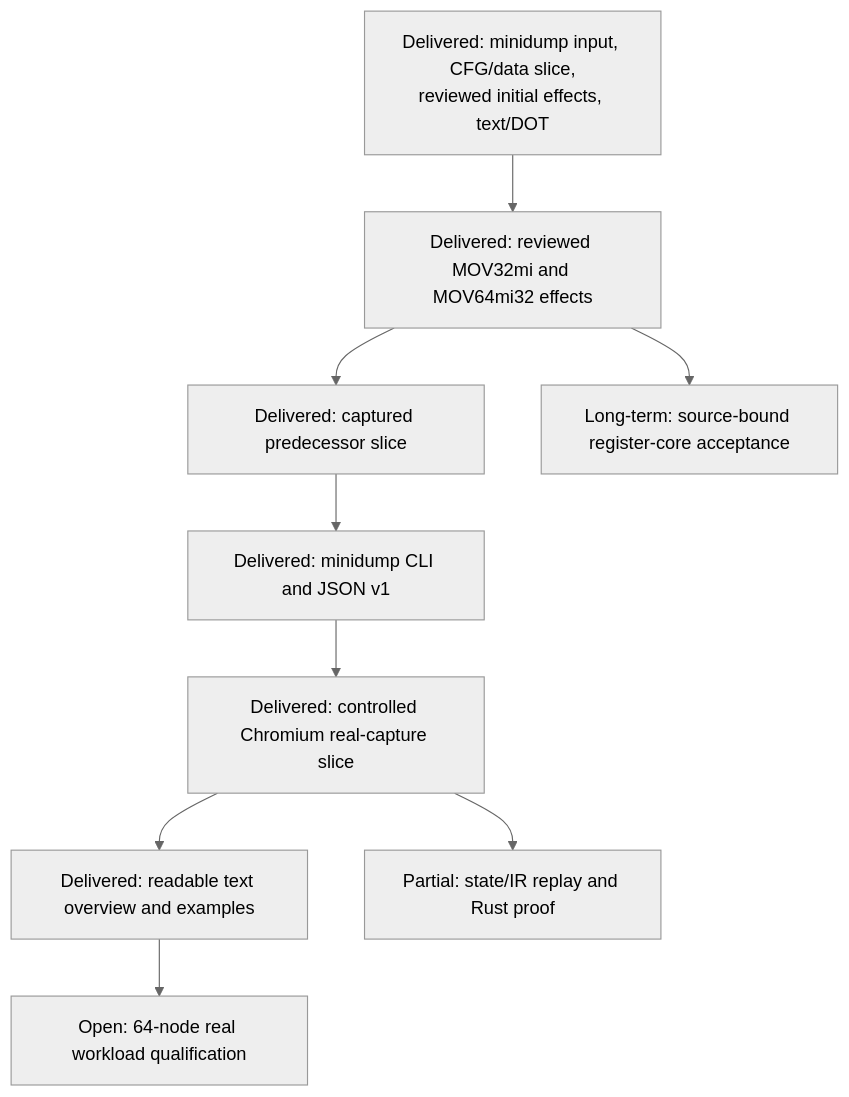
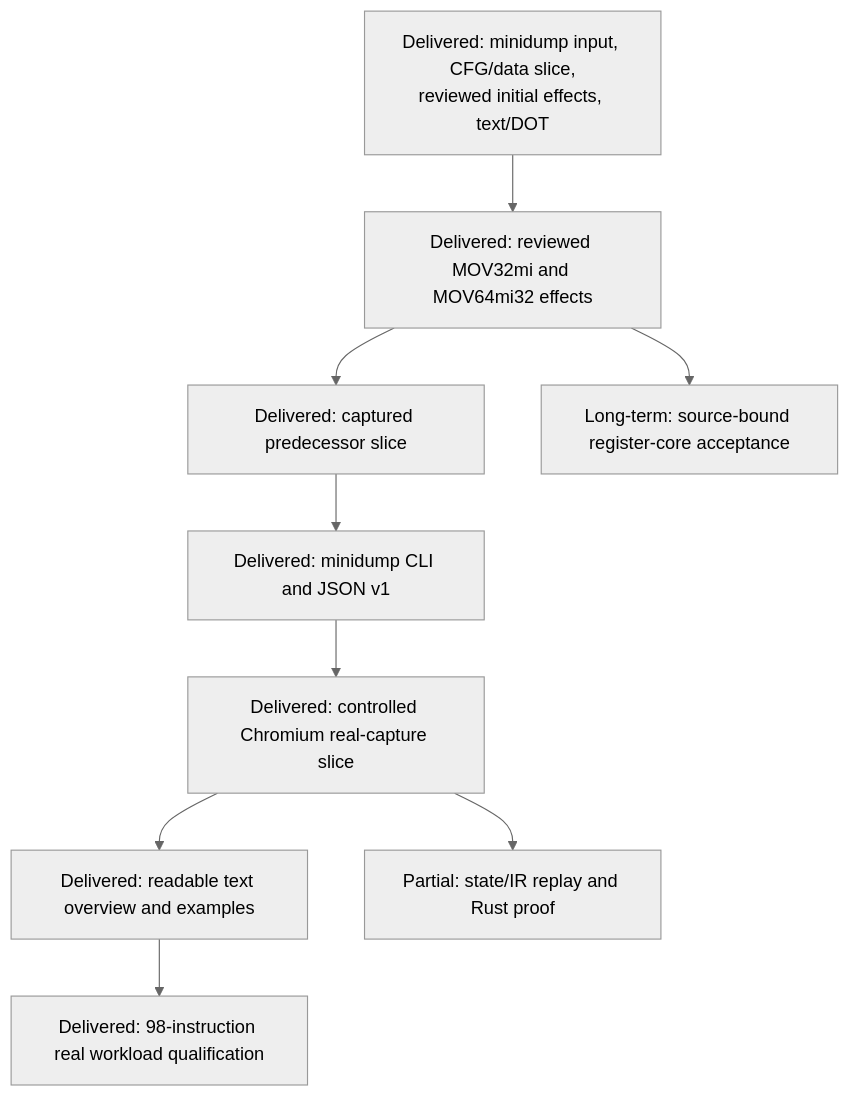
One commit to NzSN/Ariadne changed the second of 2 diagrams in CHECKPOINTS.md. Above: the diagram before and after it, drawn with Mermaid (neutral theme). The commit also changed other lines of this file and 58 other files, not shown here.

````diff
--- a/CHECKPOINTS.md
+++ b/CHECKPOINTS.md
@@ -281,15 +302,15 @@
 ```mermaid
 flowchart TD
     A["Delivered: minidump input, CFG/data slice,<br/>reviewed initial effects, text/DOT"]
     B["Delivered: reviewed MOV32mi and MOV64mi32 effects"]
     C["Delivered: captured predecessor slice"]
     D["Delivered: minidump CLI and JSON v1"]
     G["Delivered: controlled Chromium real-capture slice"]
     H["Delivered: readable text overview and examples"]
-    I["Open: 64-node real workload qualification"]
+    I["Delivered: 98-instruction real workload qualification"]
     E["Long-term: source-bound register-core acceptance"]
     F["Partial: state/IR replay and Rust proof"]
     A --> B --> C --> D --> G --> H --> I
     G --> F
     B --> E
 ```
````
